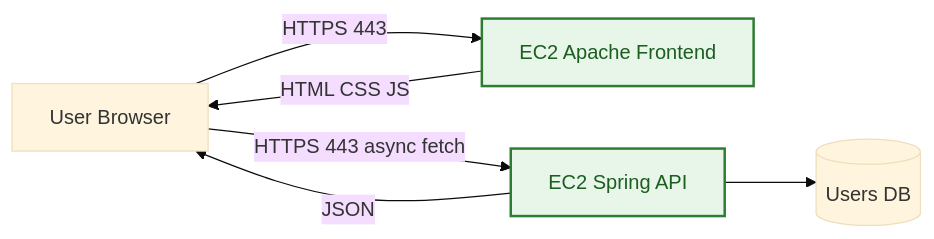
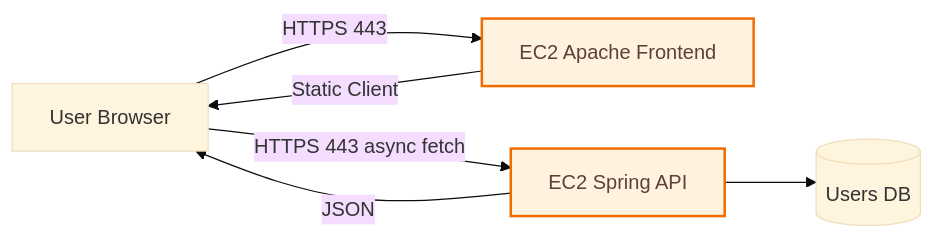
Before and after one commit to AnderssonProgramming/secure-application-design: the first of 3 diagrams in README.md, drawn with Mermaid (base theme). The commit also changed other lines of this file and 2 other files, not shown here.

````diff
--- a/README.md
+++ b/README.md
@@ -48,11 +58,11 @@
 ```mermaid
 flowchart LR
     U[User Browser] -->|HTTPS 443| A[EC2 Apache Frontend]
-    A -->|HTML CSS JS| U
+    A -->|Static Client| U
     U -->|HTTPS 443 async fetch| S[EC2 Spring API]
     S -->|JSON| U
     S --> D[(Users DB)]
 
-    classDef secure fill:#e8f5e9,stroke:#2e7d32,stroke-width:2px,color:#1b5e20;
+    classDef secure fill:#fff3e0,stroke:#ef6c00,stroke-width:2px,color:#5d4037;
     class A,S secure;
 ```
````
